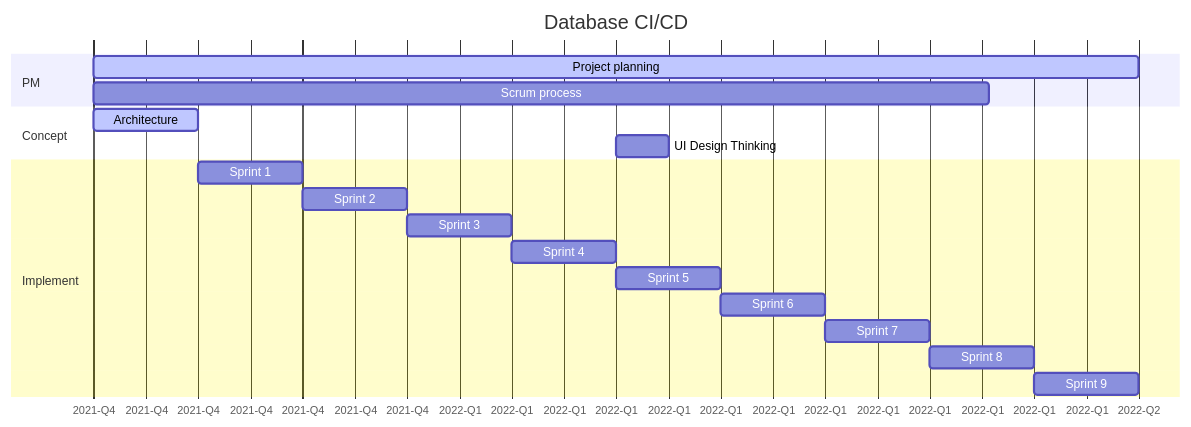
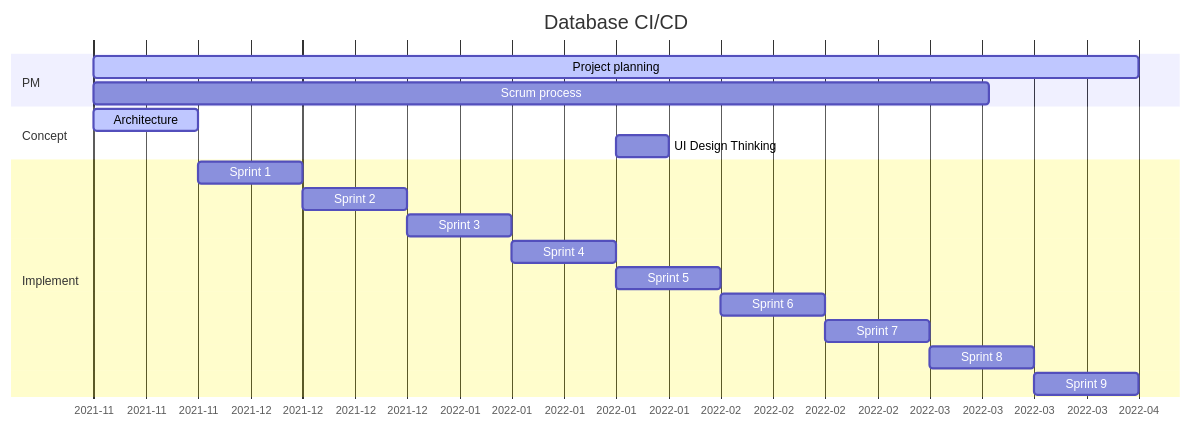
The diagram in README.md (rtdi/AppContainer), drawn with Mermaid before and after one commit.

````diff
--- a/README.md
+++ b/README.md
@@ -11,22 +11,22 @@
 ```mermaid
 gantt
     title Database CI/CD
     dateFormat  YYYY-MM-DD
-    axisFormat  %Y-Q%q
+    axisFormat  %Y-%m
     section PM
         Project planning            :active,    PP,          2021-11-14,          140d
         Scrum process               :           SCRUM,       2021-11-14,          120d
     section Concept
         Architecture                :active,    ARCH,        2021-11-14,           14d
         UI Design Thinking          :           UI,          after SPRINT04,        7d
     section Implement
         Sprint 1                    :           SPRINT01,    after ARCH,           14d
         Sprint 2                    :           SPRINT02,    after SPRINT01,       14d
         Sprint 3                    :           SPRINT03,    after SPRINT02,       14d
         Sprint 4                    :           SPRINT04,    after SPRINT03,       14d
         Sprint 5                    :           SPRINT05,    after SPRINT04,       14d
         Sprint 6                    :           SPRINT06,    after SPRINT05,       14d
         Sprint 7                    :           SPRINT07,    after SPRINT06,       14d
         Sprint 8                    :           SPRINT08,    after SPRINT07,       14d
         Sprint 9                    :           SPRINT09,    after SPRINT08,       14d
 ```
````
